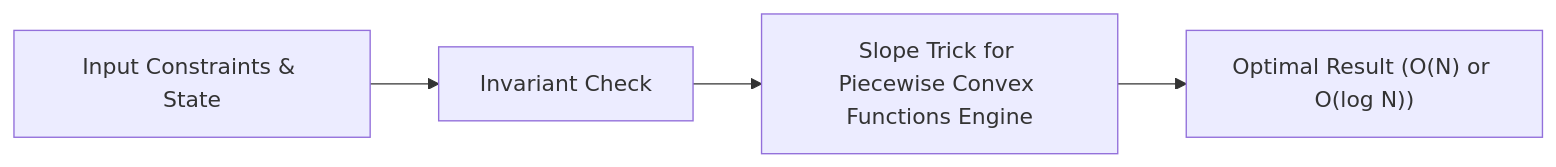
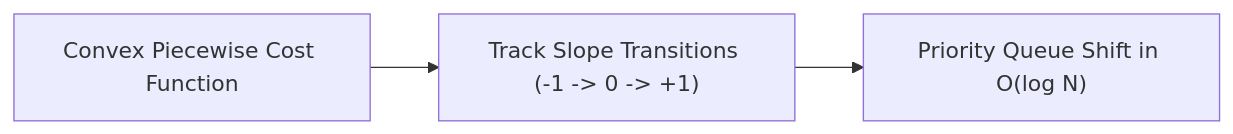
The diagram in week_17_advanced_graphs_hld_fft/Week_17_Day_02_Slope_Trick_Instructional.md (dip4k/DSA_102), drawn with Mermaid before and after one commit. The commit also changed other lines of this file and 70 other files, not shown here.

````diff
--- a/week_17_advanced_graphs_hld_fft/Week_17_Day_02_Slope_Trick_Instructional.md
+++ b/week_17_advanced_graphs_hld_fft/Week_17_Day_02_Slope_Trick_Instructional.md
@@ -28,6 +30,5 @@
 ```mermaid
 flowchart LR
-    Input["Input Constraints & State"] --> Analysis["Invariant Check"]
-    Analysis --> Engine["Slope Trick for Piecewise Convex Functions Engine"]
-    Engine --> Output["Optimal Result (O(N) or O(log N))"]
+    F["Convex Piecewise Cost Function"] --> Inflections["Track Slope Transitions (-1 -> 0 -> +1)"]
+    Inflections --> MaxHeap["Priority Queue Shift in O(log N)"]
 ```
````
